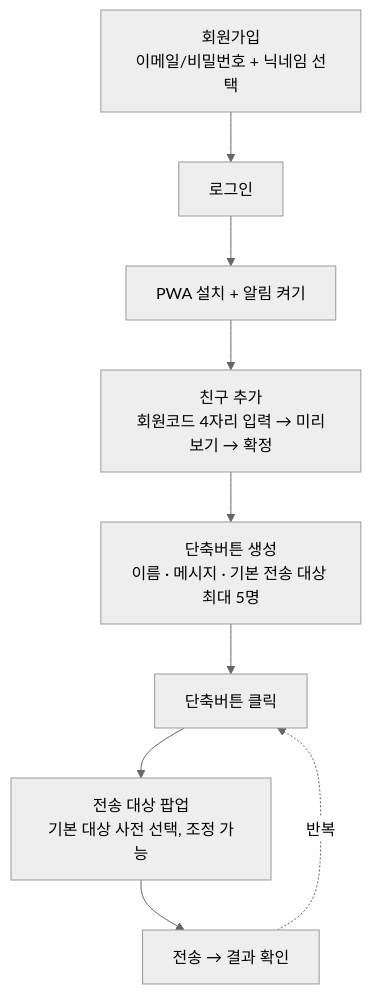
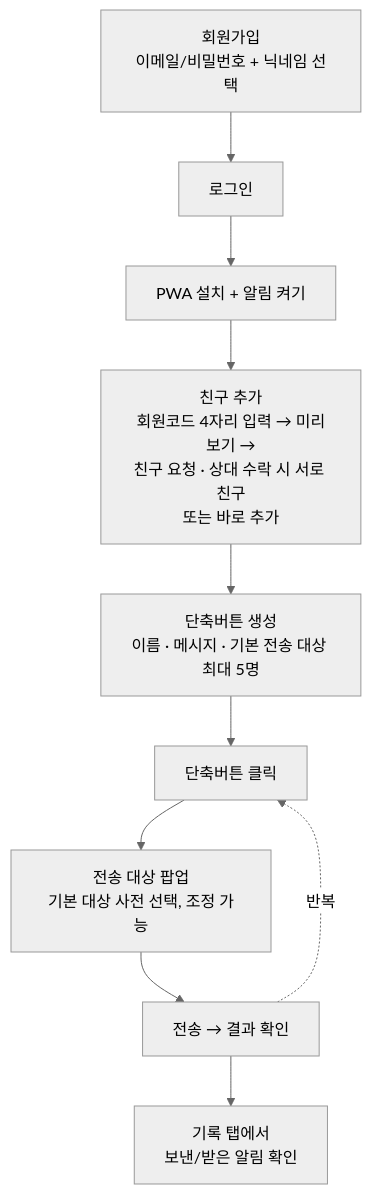
Before and after one commit to pipi-playground/let-s-blabla: the first of 2 diagrams in README.md, drawn with Mermaid (neutral theme). The commit also changed other lines of this file and 34 other files, not shown here.

````diff
--- a/README.md
+++ b/README.md
@@ -52,11 +53,12 @@
 ```mermaid
 flowchart TD
     A[회원가입<br/>이메일/비밀번호 + 닉네임 선택] --> B[로그인]
     B --> C[PWA 설치 + 알림 켜기]
-    C --> D[친구 추가<br/>회원코드 4자리 입력 → 미리보기 → 확정]
+    C --> D[친구 추가<br/>회원코드 4자리 입력 → 미리보기 →<br/>친구 요청 · 상대 수락 시 서로 친구<br/>또는 바로 추가]
     D --> E[단축버튼 생성<br/>이름 · 메시지 · 기본 전송 대상 최대 5명]
     E --> F[단축버튼 클릭]
     F --> G[전송 대상 팝업<br/>기본 대상 사전 선택, 조정 가능]
     G --> H[전송 → 결과 확인]
     H -.반복.-> F
+    H --> I[기록 탭에서<br/>보낸/받은 알림 확인]
 ```
````
